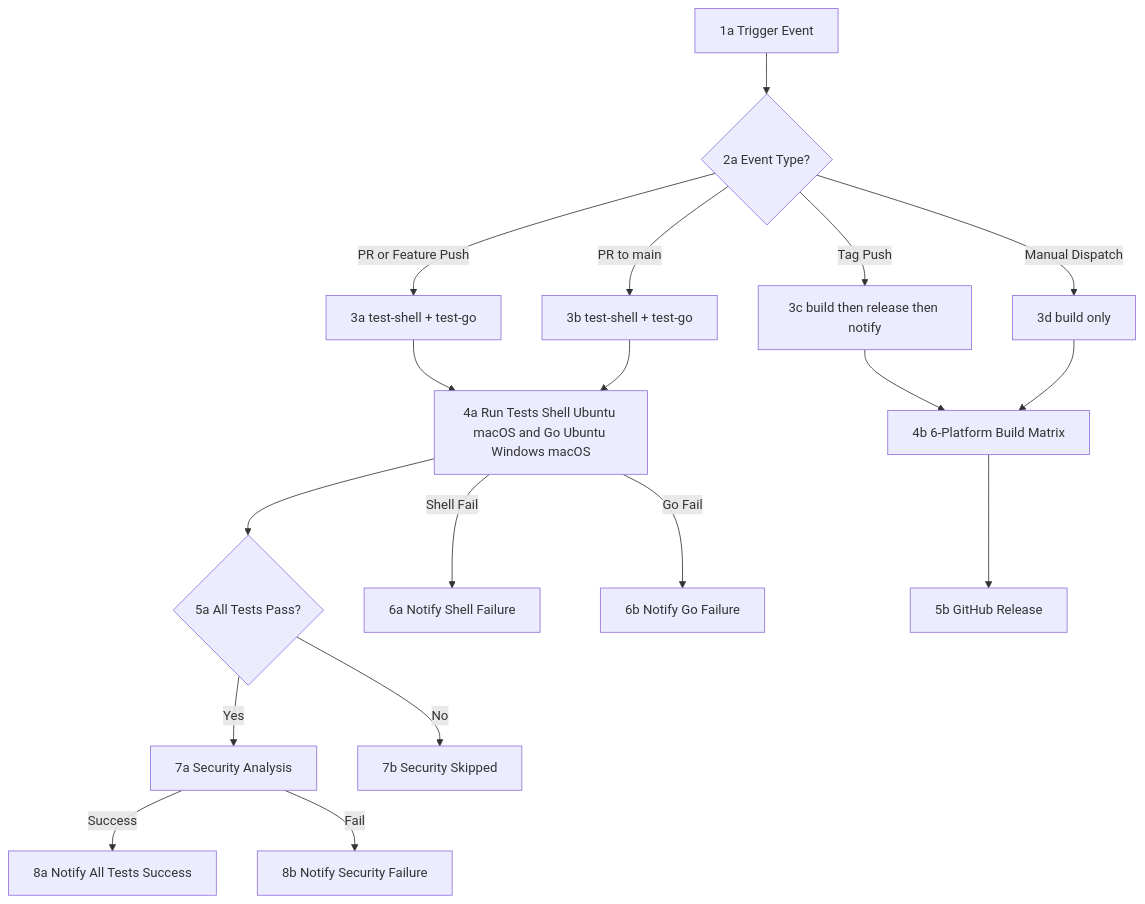
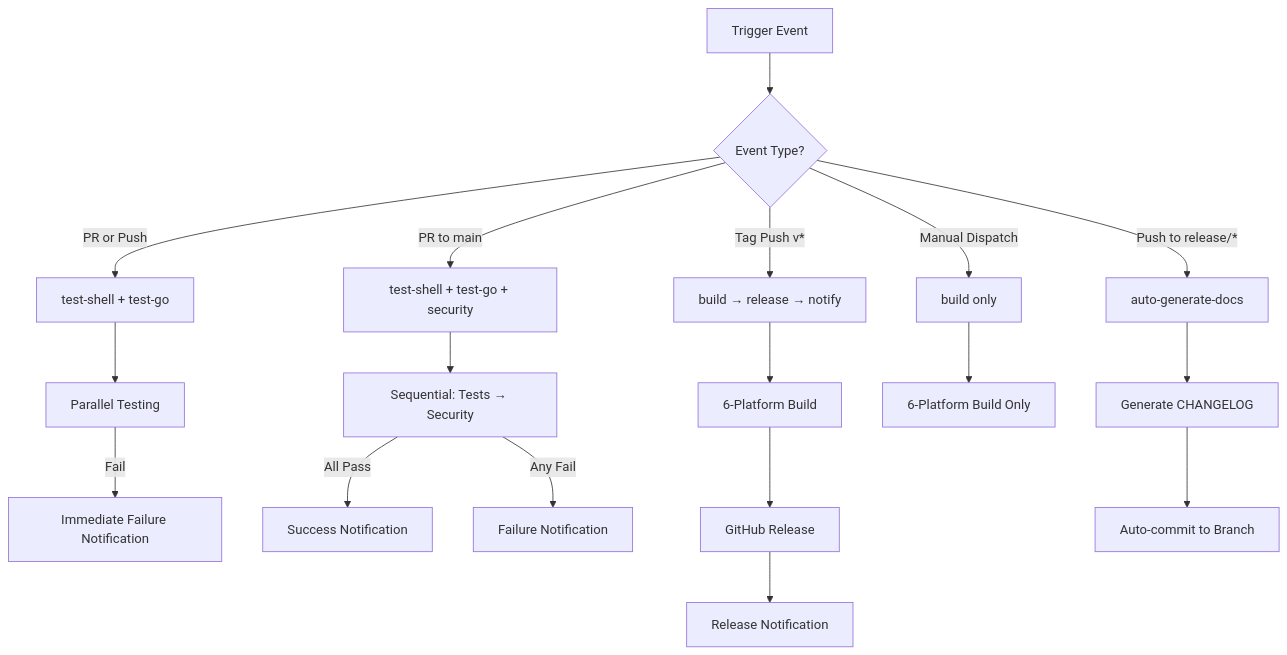
Before and after one commit to zsoftly/ztiaws: the diagram in docs/CI_CD_PIPELINE.md, drawn with Mermaid. The commit also changed other lines of this file and 7 other files, not shown here.

````diff
--- a/docs/CI_CD_PIPELINE.md
+++ b/docs/CI_CD_PIPELINE.md
@@ -57,23 +57,26 @@
 ```mermaid
 graph TD
-    A[1a Trigger Event] --> B{2a Event Type?}
+    A[Trigger Event] --> B{Event Type?}
     
-    B -->|PR or Feature Push| C[3a test-shell + test-go]
-    B -->|PR to main| D[3b test-shell + test-go]
-    B -->|Tag Push| E[3c build then release then notify]
-    B -->|Manual Dispatch| F[3d build only]
+    B -->|PR or Push| C[test-shell + test-go]
+    B -->|PR to main| D[test-shell + test-go + security]
+    B -->|Tag Push v*| E[build → release → notify]
+    B -->|Manual Dispatch| F[build only]
+    B -->|Push to release/*| G[auto-generate-docs]
     
-    C --> G[4a Run Tests Shell Ubuntu macOS and Go Ubuntu Windows macOS]
-    D --> G
-    G --> H{5a All Tests Pass?}
-    G -->|Shell Fail| I[6a Notify Shell Failure]
-    G -->|Go Fail| J[6b Notify Go Failure]
-    H -->|Yes| K[7a Security Analysis]
-    H -->|No| L[7b Security Skipped]
-    K -->|Success| M[8a Notify All Tests Success]
-    K -->|Fail| N[8b Notify Security Failure]
-    E --> O[4b 6-Platform Build Matrix]
-    F --> O
+    C --> H[Parallel Testing]
+    D --> I[Sequential: Tests → Security]
     
-    O --> P[5b GitHub Release]
+    H -->|Fail| J[Immediate Failure Notification]
+    I -->|All Pass| K[Success Notification]
+    I -->|Any Fail| L[Failure Notification]
+    
+    E --> M[6-Platform Build]
+    M --> N[GitHub Release]
+    N --> O[Release Notification]
+    
+    F --> P[6-Platform Build Only]
+    
+    G --> Q[Generate CHANGELOG]
+    Q --> R[Auto-commit to Branch]
 ```
````
